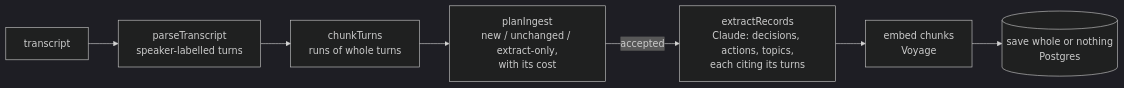
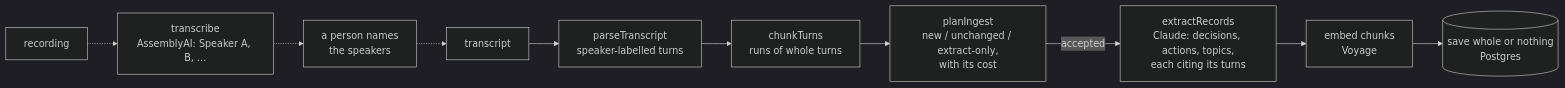
The second of 3 diagrams in README.md (austriandev/mnemon), drawn with Mermaid (dark theme) before and after one commit. The commit also changed other lines of this file and 2 other files, not shown here.

First line of the commit message:
Docs for voice to transcript: README, diagrams, screenshot, glossary

````diff
--- a/README.md
+++ b/README.md
@@ -101,9 +113,12 @@
 ```mermaid
 flowchart LR
+  R[recording] -.-> STT["transcribe<br/>AssemblyAI: Speaker A, B, …"]
+  STT -.-> N["a person names<br/>the speakers"]
+  N -.-> T
   T[transcript] --> P["parseTranscript<br/>speaker-labelled turns"]
   P --> C["chunkTurns<br/>runs of whole turns"]
   C --> Plan["planIngest<br/>new / unchanged / extract-only,<br/>with its cost"]
   Plan -->|accepted| X["extractRecords<br/>Claude: decisions, actions, topics,<br/>each citing its turns"]
   X --> E["embed chunks<br/>Voyage"]
   E --> S[("save whole or nothing<br/>Postgres")]
 ```
````
